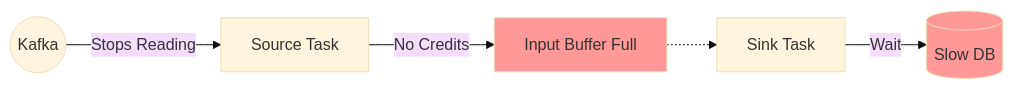
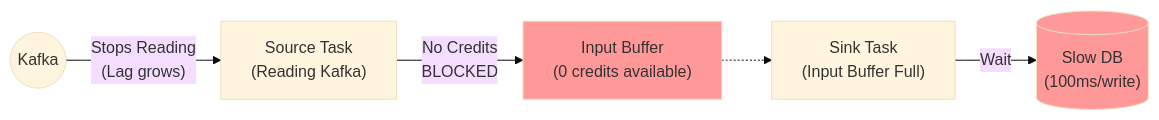
The fourth of 5 diagrams in Stream Processing/02_Apache_Flink.md (Anmol33/SystemDesign), drawn with Mermaid (base theme) before and after one commit. The commit also changed other lines of this file and 5 other files, not shown here.

````diff
--- a/Stream Processing/02_Apache_Flink.md
+++ b/Stream Processing/02_Apache_Flink.md
@@ -184,11 +190,11 @@
 ```mermaid
 graph LR
-    DB[("Slow DB")] 
-    Sink["Sink Task"] --"Wait"--> DB
-    Sink_Buf["Input Buffer Full"] -.-> Sink
-    Source["Source Task"] --"No Credits"--> Sink_Buf
-    Kafka(("Kafka")) --"Stops Reading"--> Source
+    DB[("Slow DB<br/>(100ms/write)")] 
+    Sink["Sink Task<br/>(Input Buffer Full)"] --"Wait"--> DB
+    Sink_Buf["Input Buffer<br/>(0 credits available)"] -.-> Sink
+    Source["Source Task<br/>(Reading Kafka)"] --"No Credits<br/>BLOCKED"--> Sink_Buf
+    Kafka(("Kafka")) --"Stops Reading<br/>(Lag grows)"--> Source
     
     style Sink_Buf fill:#ff9999
     style DB fill:#ff9999
 ```
````
